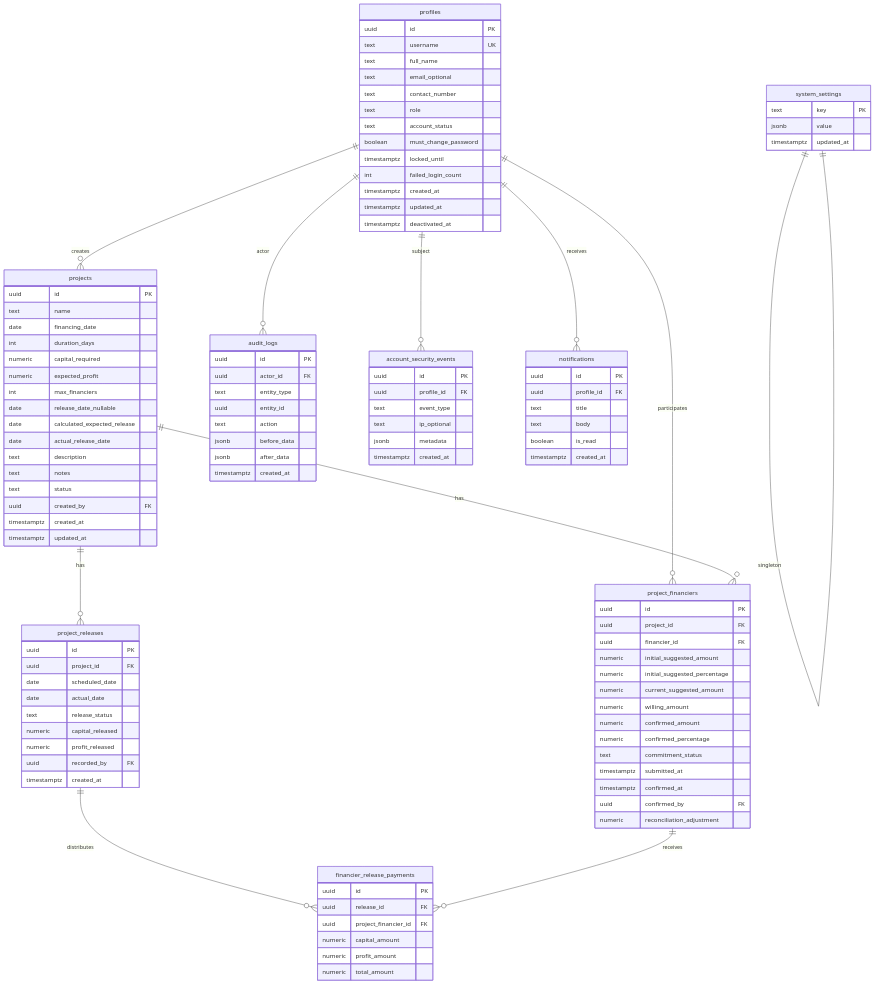
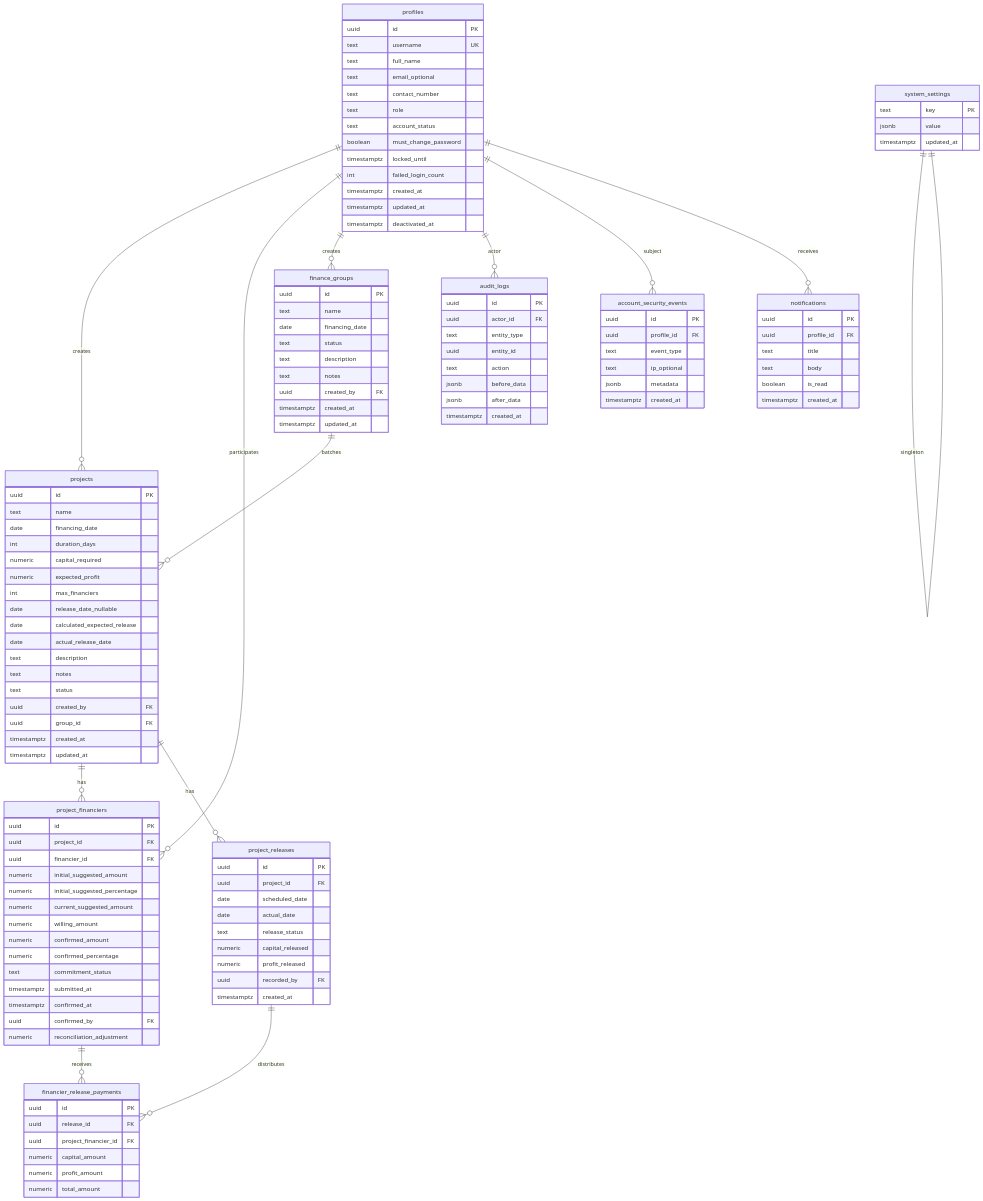
Before and after one commit to Obratech-IT-Solutions/angles-investor: the diagram in docs/11-database-design.md, drawn with Mermaid. The commit also changed 13 other files, not shown here.

First line of the commit message:
Add finance group batches, financier UX improvements, and landing page polish.

```diff
--- a/docs/11-database-design.md
+++ b/docs/11-database-design.md
@@ -24,6 +24,8 @@
 erDiagram
   profiles ||--o{ projects : creates
   profiles ||--o{ project_financiers : participates
+  profiles ||--o{ finance_groups : creates
+  finance_groups ||--o{ projects : batches
   projects ||--o{ project_financiers : has
   projects ||--o{ project_releases : has
   project_releases ||--o{ financier_release_payments : distributes
@@ -32,6 +34,18 @@
   profiles ||--o{ account_security_events : subject
   profiles ||--o{ notifications : receives
   system_settings ||--|| system_settings : singleton
+
+  finance_groups {
+    uuid id PK
+    text name
+    date financing_date
+    text status
+    text description
+    text notes
+    uuid created_by FK
+    timestamptz created_at
+    timestamptz updated_at
+  }
 
   profiles {
     uuid id PK
@@ -64,6 +78,7 @@
     text notes
     text status
     uuid created_by FK
+    uuid group_id FK
     timestamptz created_at
     timestamptz updated_at
   }
```
